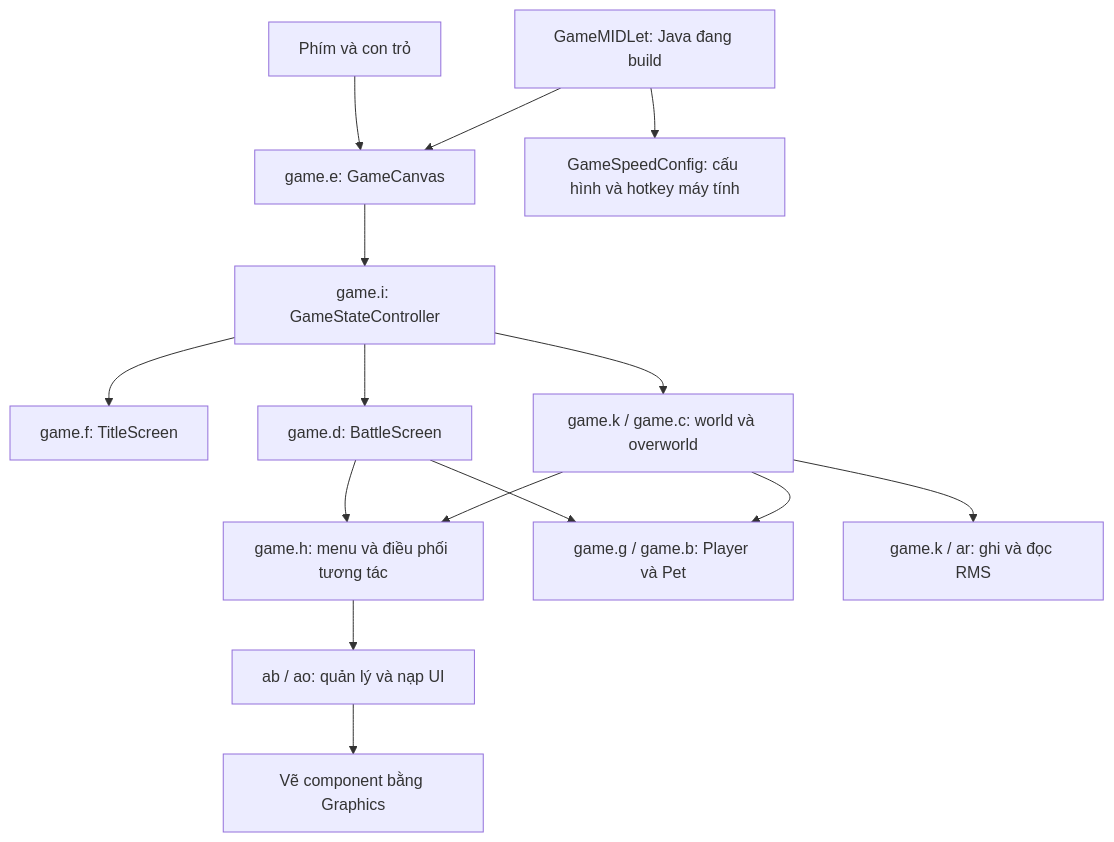
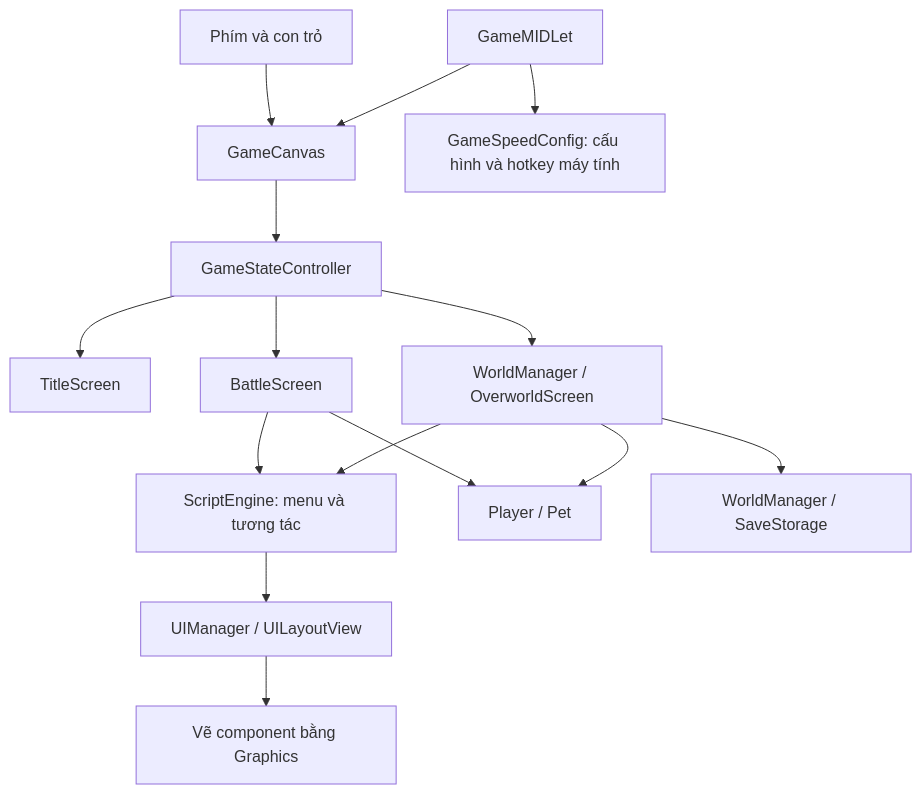
The diagram in docs/EXTENDING-GAME.md (mainhatduy/vqsv), drawn with Mermaid before and after one commit. The commit also changed other lines of this file and 94 other files, not shown here.

````diff
--- a/docs/EXTENDING-GAME.md
+++ b/docs/EXTENDING-GAME.md
@@ -66,17 +56,17 @@
 ```mermaid
 flowchart TD
-    M[GameMIDLet: Java đang build] --> C[game.e: GameCanvas]
+    M[GameMIDLet] --> C[GameCanvas]
     M --> S[GameSpeedConfig: cấu hình và hotkey máy tính]
-    C --> I[game.i: GameStateController]
+    C --> I[GameStateController]
     K[Phím và con trỏ] --> C
-    I --> T[game.f: TitleScreen]
-    I --> W[game.k / game.c: world và overworld]
-    I --> B[game.d: BattleScreen]
-    W --> H[game.h: menu và điều phối tương tác]
+    I --> T[TitleScreen]
+    I --> W[WorldManager / OverworldScreen]
+    I --> B[BattleScreen]
+    W --> H[ScriptEngine: menu và tương tác]
     B --> H
-    H --> U[ab / ao: quản lý và nạp UI]
+    H --> U[UIManager / UILayoutView]
     U --> R[Vẽ component bằng Graphics]
-    W --> P[game.g / game.b: Player và Pet]
+    W --> P[Player / Pet]
     B --> P
-    W --> SAVE[game.k / ar: ghi và đọc RMS]
+    W --> SAVE[WorldManager / SaveStorage]
 ```
````
